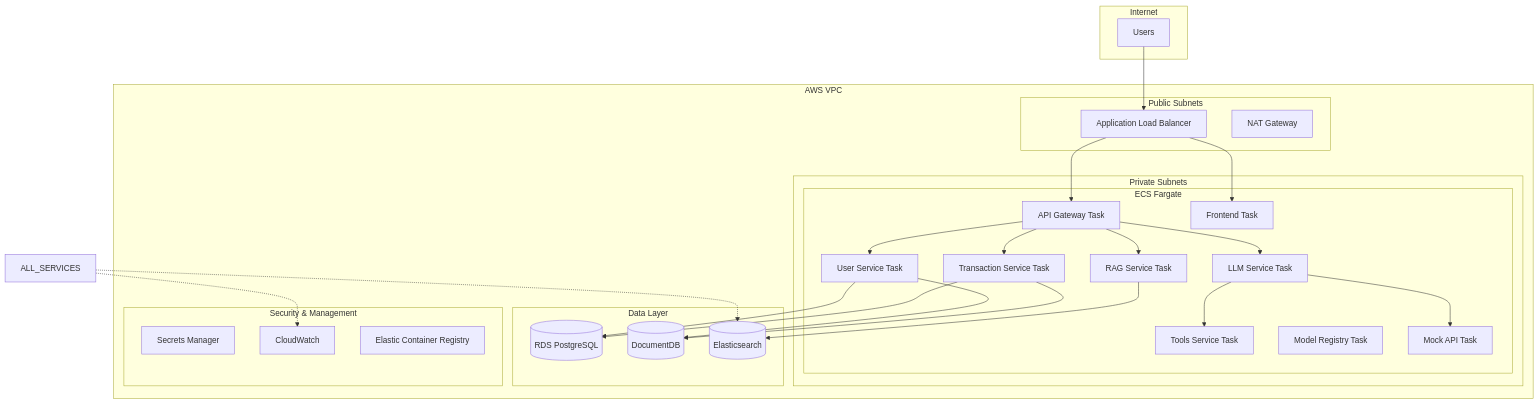
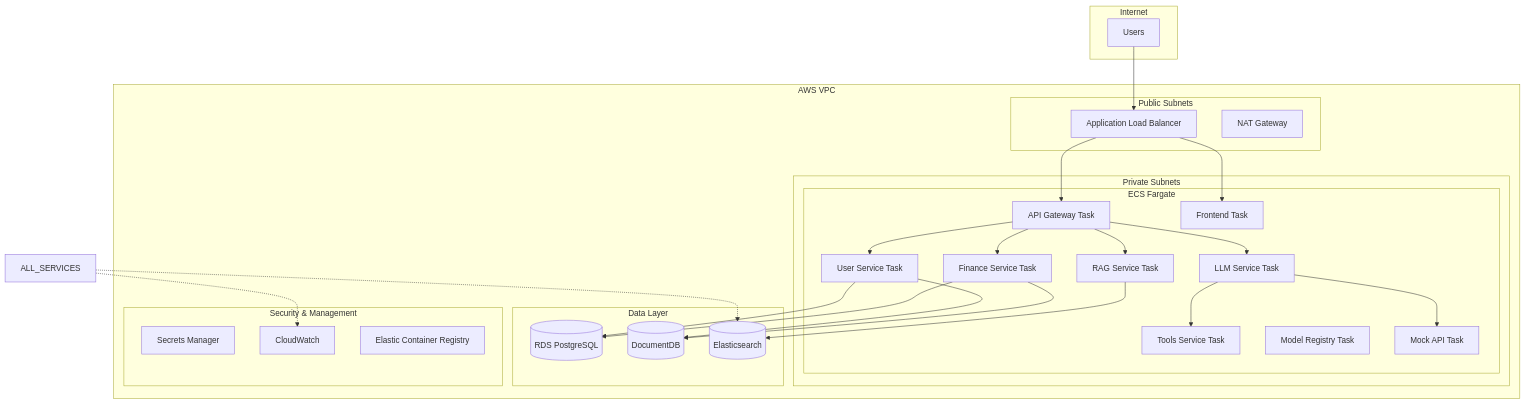
Before and after one commit to ac-monty/crash-pay: the second of 2 diagrams in SERVICES_AND_INFRA.md, drawn with Mermaid. The commit also changed other lines of this file and 2 other files, not shown here.

````diff
--- a/SERVICES_AND_INFRA.md
+++ b/SERVICES_AND_INFRA.md
@@ -466,61 +503,61 @@
 ```mermaid
 graph TB
     subgraph "Internet"
         USER[Users]
     end
     
     subgraph "AWS VPC"
         subgraph "Public Subnets"
             ALB[Application Load Balancer]
             NAT[NAT Gateway]
         end
         
         subgraph "Private Subnets"
             subgraph "ECS Fargate"
                 API[API Gateway Task]
                 LLM[LLM Service Task]
                 USER_SVC[User Service Task]
-                TRANS[Transaction Service Task]
+                FIN[Finance Service Task]
                 TOOLS[Tools Service Task]
                 RAG[RAG Service Task]
                 REGISTRY[Model Registry Task]
                 MOCK[Mock API Task]
                 FE[Frontend Task]
             end
         end
         
         subgraph "Data Layer"
             RDS[(RDS PostgreSQL)]
             DOCDB[(DocumentDB)]
             ES[(Elasticsearch)]
         end
         
         subgraph "Security & Management"
             SM[Secrets Manager]
             CW[CloudWatch]
             ECR[Elastic Container Registry]
         end
     end
     
     USER --> ALB
     ALB --> API
     ALB --> FE
     
     API --> USER_SVC
-    API --> TRANS
+    API --> FIN
     API --> LLM
     API --> RAG
     
     LLM --> TOOLS
     LLM --> MOCK
     
     USER_SVC --> RDS
-    TRANS --> RDS
+    FIN --> RDS
     USER_SVC --> DOCDB
-    TRANS --> DOCDB
+    FIN --> DOCDB
     
     RAG --> ES
     
     ALL_SERVICES -.-> CW
     ALL_SERVICES -.-> ES
 ```
````
